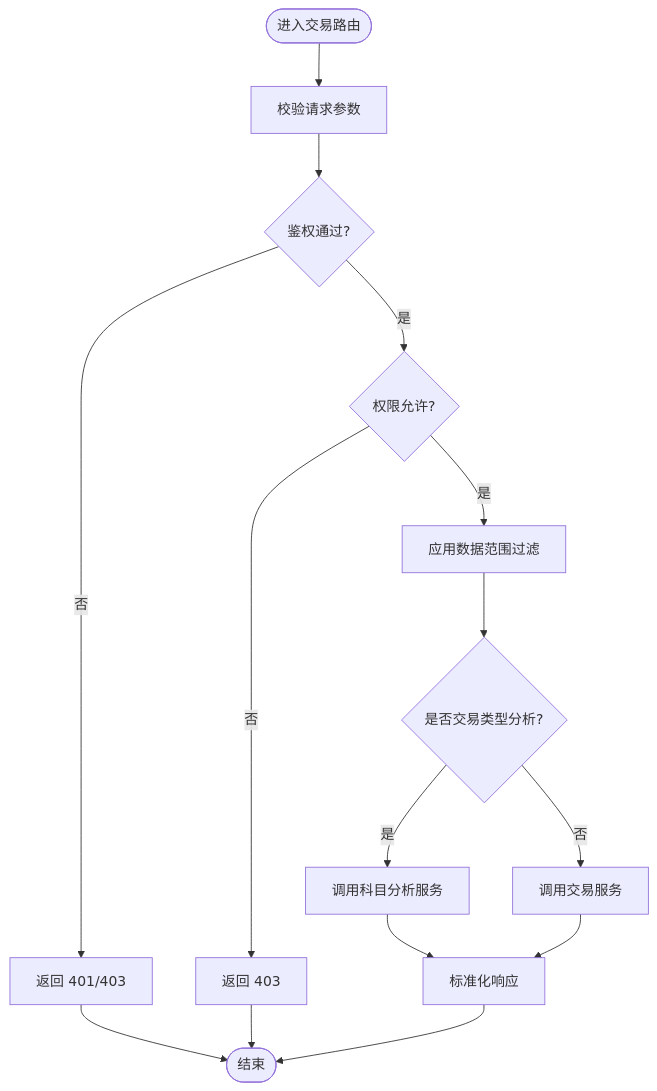
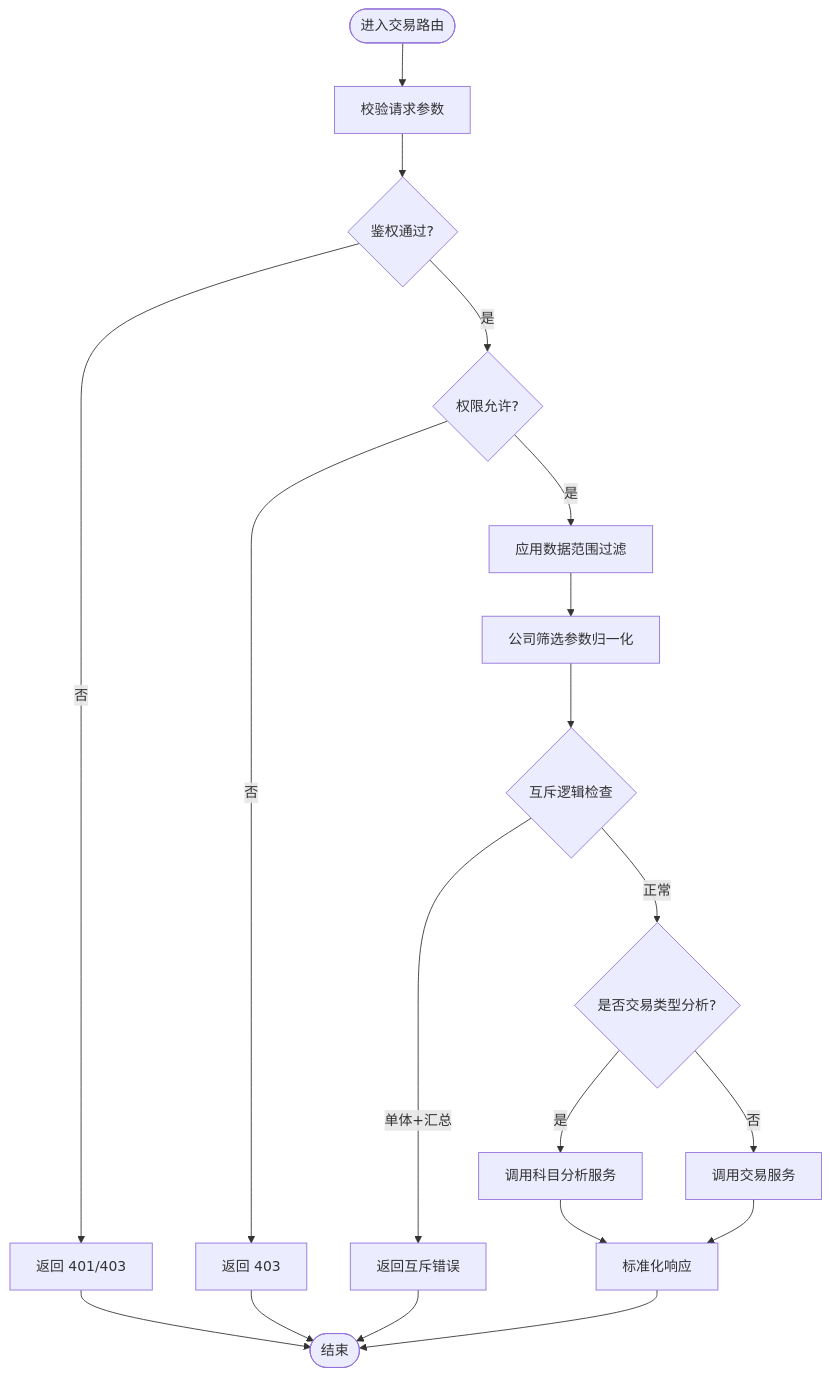
The third of 10 diagrams in .qoder/repowiki/zh/content/核心模块/交易分析模块.md (Damao997/newproject), drawn with Mermaid before and after one commit. The commit also changed other lines of this file and 22 other files, not shown here.

````diff
--- a/.qoder/repowiki/zh/content/核心模块/交易分析模块.md
+++ b/.qoder/repowiki/zh/content/核心模块/交易分析模块.md
@@ -188,17 +197,21 @@
 ```mermaid
 flowchart TD
 Start(["进入交易路由"]) --> Validate["校验请求参数"]
 Validate --> AuthCheck{"鉴权通过?"}
 AuthCheck --> |否| DenyAuth["返回 401/403"]
 AuthCheck --> |是| PermCheck{"权限允许?"}
 PermCheck --> |否| DenyPerm["返回 403"]
 PermCheck --> |是| ScopeApply["应用数据范围过滤"]
-ScopeApply --> TypeCheck{"是否交易类型分析?"}
+ScopeApply --> CompanyNormalize["公司筛选参数归一化"]
+CompanyNormalize --> MutExCheck{"互斥逻辑检查"}
+MutExCheck --> |单体+汇总| Error["返回互斥错误"]
+MutExCheck --> |正常| TypeCheck{"是否交易类型分析?"}
 TypeCheck --> |是| CallSubjectSvc["调用科目分析服务"]
 TypeCheck --> |否| CallSvc["调用交易服务"]
 CallSubjectSvc --> Resp["标准化响应"]
 CallSvc --> Resp
 Resp --> End(["结束"])
 DenyAuth --> End
 DenyPerm --> End
+Error --> End
 ```
````
